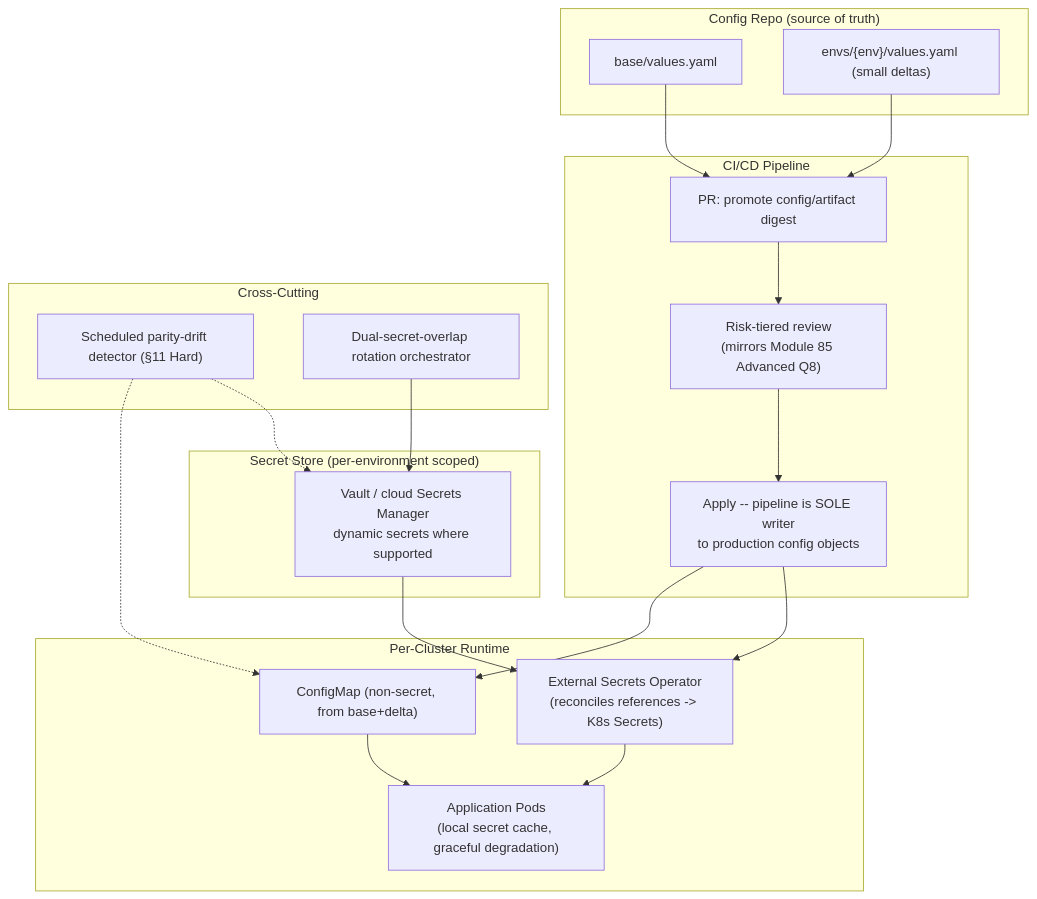
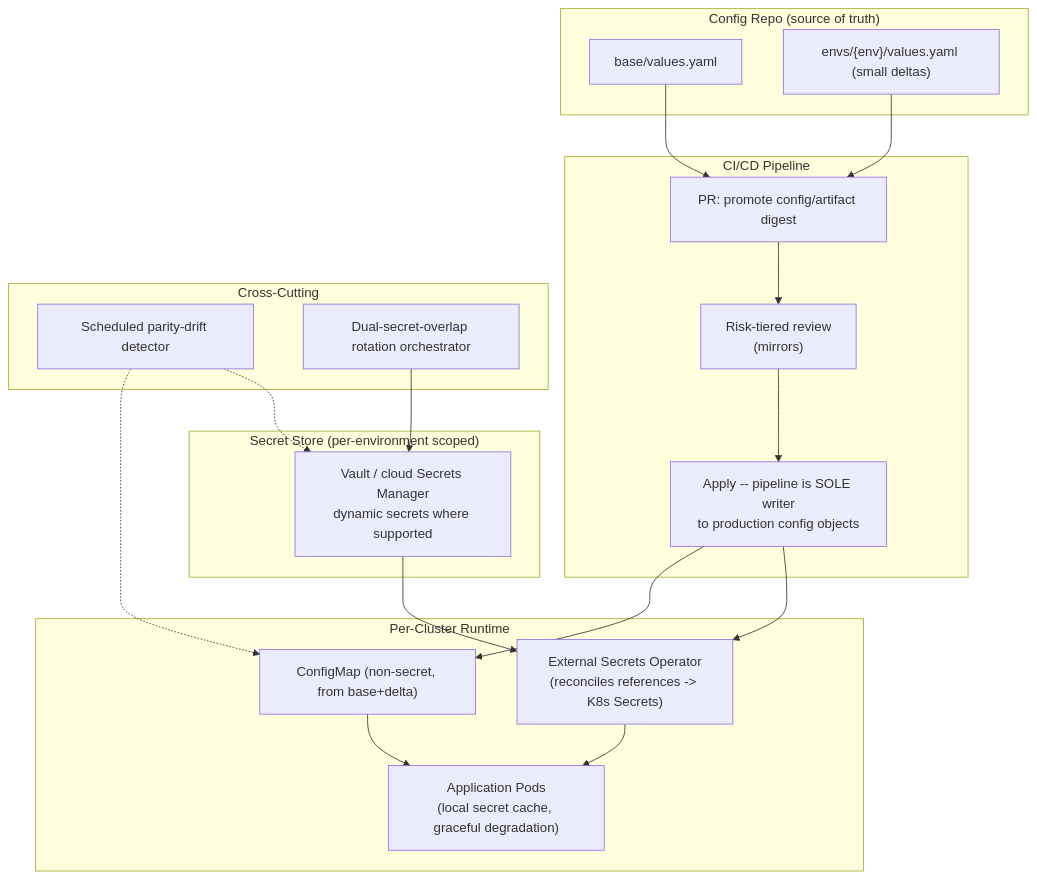
One commit to umashankarp/InterviewQuestions changed the first of 2 diagrams in 25-DevOps/02-ConfigurationManagement-Secrets-EnvironmentPromotion.md. Above: the diagram before and after it, drawn with Mermaid. The commit also changed other lines of this file and 173 other files, not shown here.

````diff
--- a/25-DevOps/02-ConfigurationManagement-Secrets-EnvironmentPromotion.md
+++ b/25-DevOps/02-ConfigurationManagement-Secrets-EnvironmentPromotion.md
@@ -418,35 +418,35 @@
 ```mermaid
 graph TB
-    subgraph "Config Repo (source of truth)"
-        Base["base/values.yaml"]
-        EnvDelta["envs/{env}/values.yaml (small deltas)"]
-    end
-    subgraph "Secret Store (per-environment scoped)"
-        Vault["Vault / cloud Secrets Manager<br/>dynamic secrets where supported"]
-    end
-    subgraph "CI/CD Pipeline"
-        PR["PR: promote config/artifact digest"]
-        Review["Risk-tiered review<br/>(mirrors Module 85 Advanced Q8)"]
-        Apply["Apply -- pipeline is SOLE writer<br/>to production config objects"]
-    end
-    subgraph "Per-Cluster Runtime"
-        Operator["External Secrets Operator<br/>(reconciles references -> K8s Secrets)"]
-        ConfigMap["ConfigMap (non-secret, from base+delta)"]
-        Pods["Application Pods<br/>(local secret cache, graceful degradation)"]
-    end
-    subgraph "Cross-Cutting"
-        DriftJob["Scheduled parity-drift detector (§11 Hard)"]
-        RotationJob["Dual-secret-overlap rotation orchestrator"]
-    end
+ subgraph "Config Repo (source of truth)"
+ Base["base/values.yaml"]
+ EnvDelta["envs/{env}/values.yaml (small deltas)"]
+ end
+ subgraph "Secret Store (per-environment scoped)"
+ Vault["Vault / cloud Secrets Manager<br/>dynamic secrets where supported"]
+ end
+ subgraph "CI/CD Pipeline"
+ PR["PR: promote config/artifact digest"]
+ Review["Risk-tiered review<br/>(mirrors)"]
+ Apply["Apply -- pipeline is SOLE writer<br/>to production config objects"]
+ end
+ subgraph "Per-Cluster Runtime"
+ Operator["External Secrets Operator<br/>(reconciles references -> K8s Secrets)"]
+ ConfigMap["ConfigMap (non-secret, from base+delta)"]
+ Pods["Application Pods<br/>(local secret cache, graceful degradation)"]
+ end
+ subgraph "Cross-Cutting"
+ DriftJob["Scheduled parity-drift detector"]
+ RotationJob["Dual-secret-overlap rotation orchestrator"]
+ end
 
-    Base --> PR
-    EnvDelta --> PR
-    PR --> Review --> Apply
-    Apply --> ConfigMap
-    Apply --> Operator
-    Vault --> Operator --> Pods
-    ConfigMap --> Pods
-    DriftJob -.-> ConfigMap
-    DriftJob -.-> Vault
-    RotationJob --> Vault
+ Base --> PR
+ EnvDelta --> PR
+ PR --> Review --> Apply
+ Apply --> ConfigMap
+ Apply --> Operator
+ Vault --> Operator --> Pods
+ ConfigMap --> Pods
+ DriftJob -.-> ConfigMap
+ DriftJob -.-> Vault
+ RotationJob --> Vault
 ```
````
